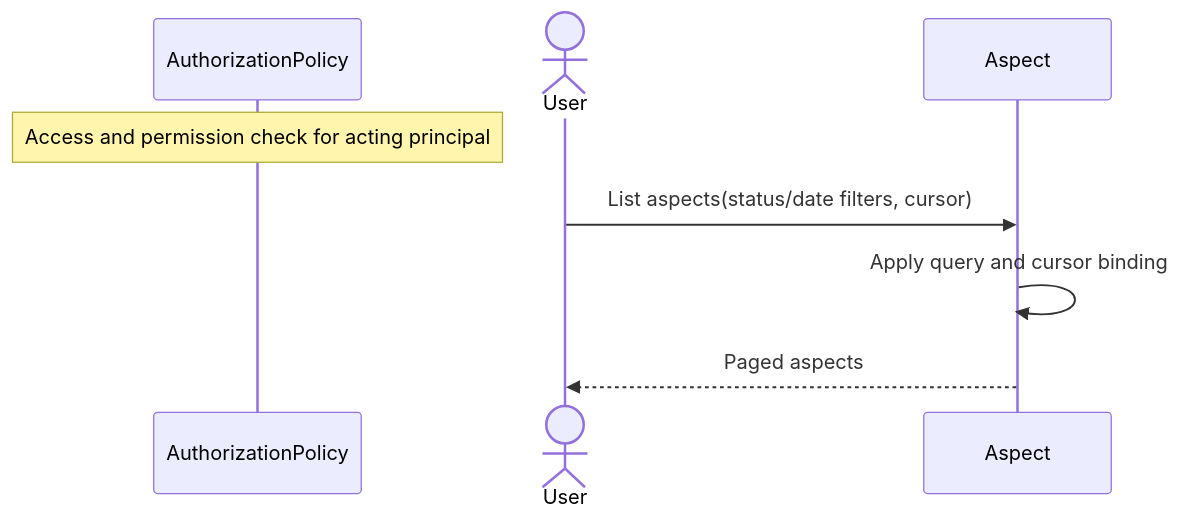
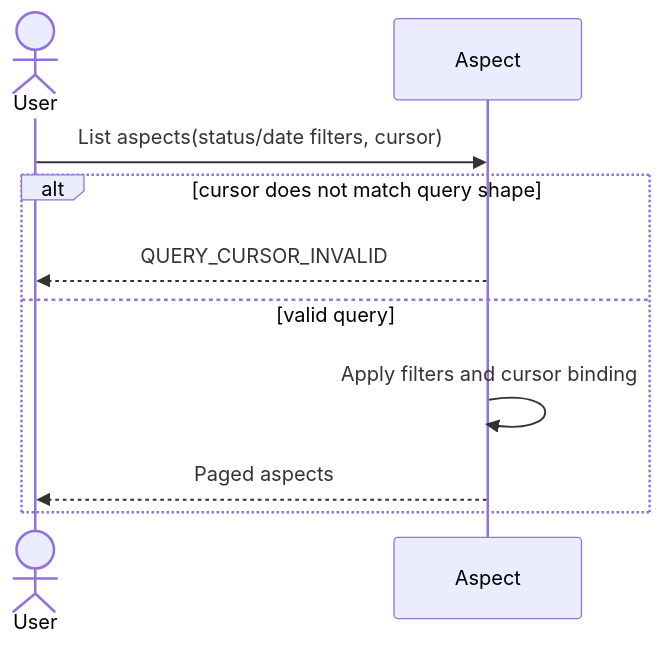
One commit to ChidiRnweke/margin changed the sixth of 13 diagrams in architecture/sequence-diagrams/02-aspects-milestones.md. Above: the diagram before and after it, drawn with Mermaid. The commit also changed other lines of this file and 12 other files, not shown here.

Commit message:
Enhance sequence diagrams and introduce traceability matrix

````diff
--- a/architecture/sequence-diagrams/02-aspects-milestones.md
+++ b/architecture/sequence-diagrams/02-aspects-milestones.md
@@ -90,10 +125,12 @@
 ```mermaid
 sequenceDiagram
-    participant G as AuthorizationPolicy
-    Note over G: Access and permission check for acting principal
     actor U as User
     participant A as Aspect
     U->>A: List aspects(status/date filters, cursor)
-    A->>A: Apply query and cursor binding
-    A-->>U: Paged aspects
+    alt cursor does not match query shape
+        A-->>U: QUERY_CURSOR_INVALID
+    else valid query
+        A->>A: Apply filters and cursor binding
+        A-->>U: Paged aspects
+    end
 ```
````
